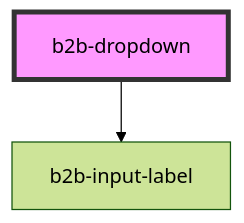
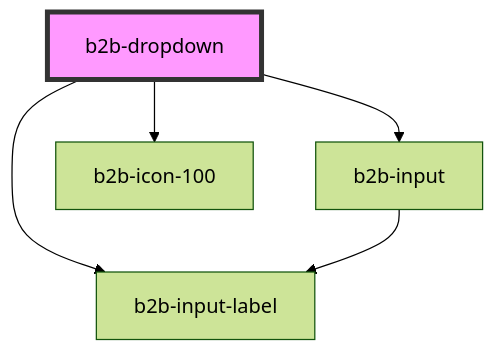
The diagram in packages/core-components/src/components/dropdown/readme.md (otto-de/b2b-design-system), drawn with Mermaid (forest theme) before and after one commit. The commit also changed other lines of this file and 13 other files, not shown here.

````diff
--- a/packages/core-components/src/components/dropdown/readme.md
+++ b/packages/core-components/src/components/dropdown/readme.md
@@ -52,5 +55,8 @@
 ```mermaid
 graph TD;
   b2b-dropdown --> b2b-input-label
+  b2b-dropdown --> b2b-input
+  b2b-dropdown --> b2b-icon-100
+  b2b-input --> b2b-input-label
   style b2b-dropdown fill:#f9f,stroke:#333,stroke-width:4px
 ```
````
